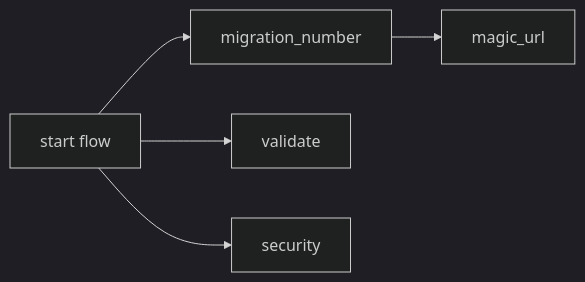
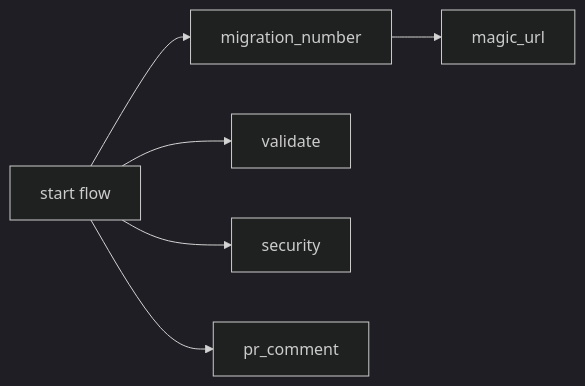
The first of 2 diagrams in .github/workflows/docs/frontend/frontend_runtime_utility_pr.md (JupiterOne/.github), drawn with Mermaid (dark theme) before and after one commit. The commit also changed 1 other file, not shown here.

Commit message:
SRE-1467 -- cleanup

````diff
--- a/.github/workflows/docs/frontend/frontend_runtime_utility_pr.md
+++ b/.github/workflows/docs/frontend/frontend_runtime_utility_pr.md
@@ -41,13 +41,15 @@
 ```mermaid
 graph LR;
     A[start flow];
     B[migration_number];
     C[magic_url];
     D[validate];
     E[security];
+    F[pr_comment];
 
     A --> B;
     A --> D;
     A --> E;
     B --> C;
+    A --> F;
 ```
````
